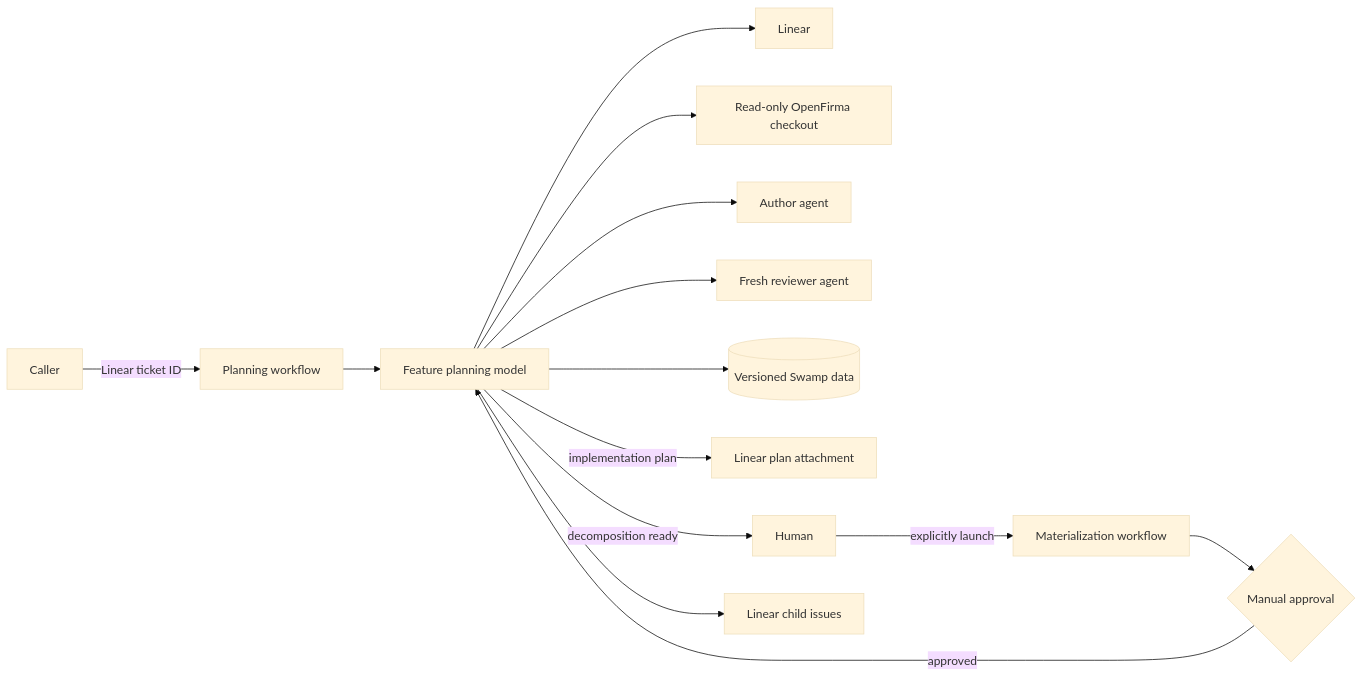
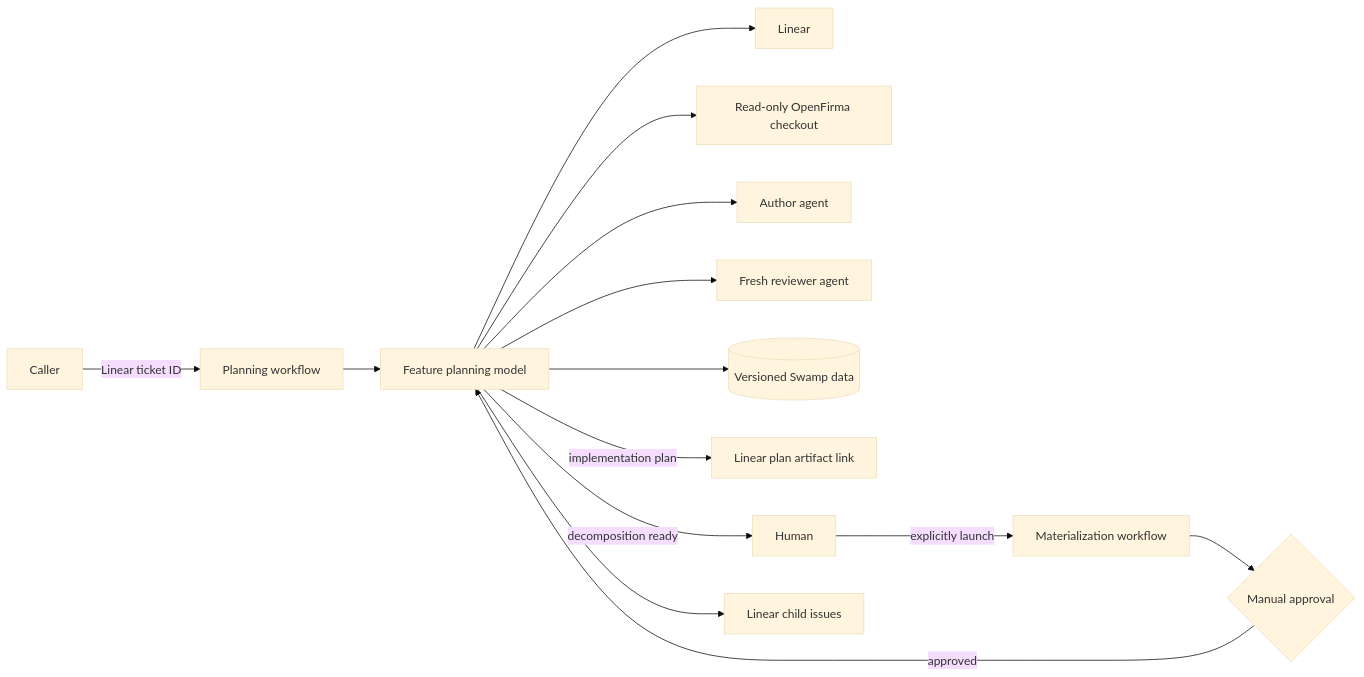
One commit to Firma-AI/openfirma changed the first of 2 diagrams in FEATURE_PLANNING_WORKFLOW.md. Above: the diagram before and after it, drawn with Mermaid (base theme). The commit also changed other lines of this file and 8 other files, not shown here.

Commit message:
feat(planning): harden Linear workflow prototype

````diff
--- a/FEATURE_PLANNING_WORKFLOW.md
+++ b/FEATURE_PLANNING_WORKFLOW.md
@@ -79,17 +77,17 @@
 ```mermaid
 flowchart LR
     Caller[Caller] -->|Linear ticket ID| PlanningWorkflow[Planning workflow]
     PlanningWorkflow --> PlanningModel[Feature planning model]
     PlanningModel --> Linear[Linear]
     PlanningModel --> Repo[Read-only OpenFirma checkout]
     PlanningModel --> Author[Author agent]
     PlanningModel --> Reviewer[Fresh reviewer agent]
     PlanningModel --> Data[(Versioned Swamp data)]
 
-    PlanningModel -->|implementation plan| Plan[Linear plan attachment]
+    PlanningModel -->|implementation plan| Plan[Linear plan artifact link]
     PlanningModel -->|decomposition ready| Human[Human]
     Human -->|explicitly launch| MaterializationWorkflow[Materialization workflow]
     MaterializationWorkflow --> Gate{Manual approval}
     Gate -->|approved| PlanningModel
     PlanningModel --> Children[Linear child issues]
 ```
````
